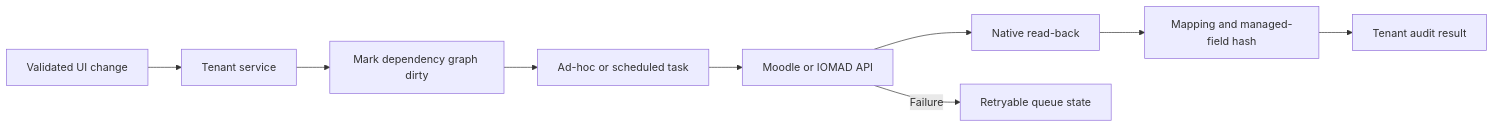
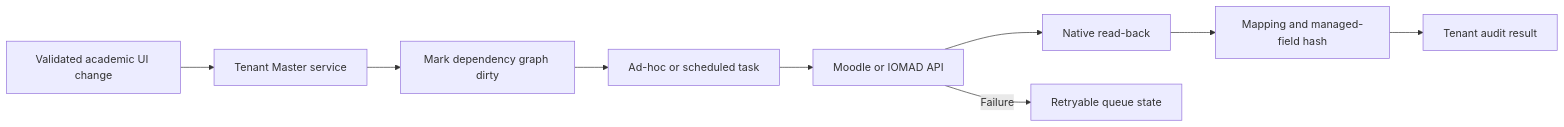
Before and after one commit to hardikidea/iomad_learning: the diagram in docs/tenant-master/crud-validation.md, drawn with Mermaid. The commit also changed other lines of this file and 40 other files, not shown here.

Commit message:
Refactor Tenant Master initialization to adopt existing native companies without duplicating data; update version to 1.2.0 and enhance documentation for native-first administration.

````diff
--- a/docs/tenant-master/crud-validation.md
+++ b/docs/tenant-master/crud-validation.md
@@ -33,11 +34,11 @@
 ```mermaid
 flowchart LR
-    FORM["Validated UI change"] --> SERVICE["Tenant service"]
+    FORM["Validated academic UI change"] --> SERVICE["Tenant Master service"]
     SERVICE --> DIRTY["Mark dependency graph dirty"]
     DIRTY --> TASK["Ad-hoc or scheduled task"]
     TASK --> API["Moodle or IOMAD API"]
     API --> READBACK["Native read-back"]
     READBACK --> MAP["Mapping and managed-field hash"]
     MAP --> AUDIT["Tenant audit result"]
     API -->|Failure| RETRY["Retryable queue state"]
 ```
````
